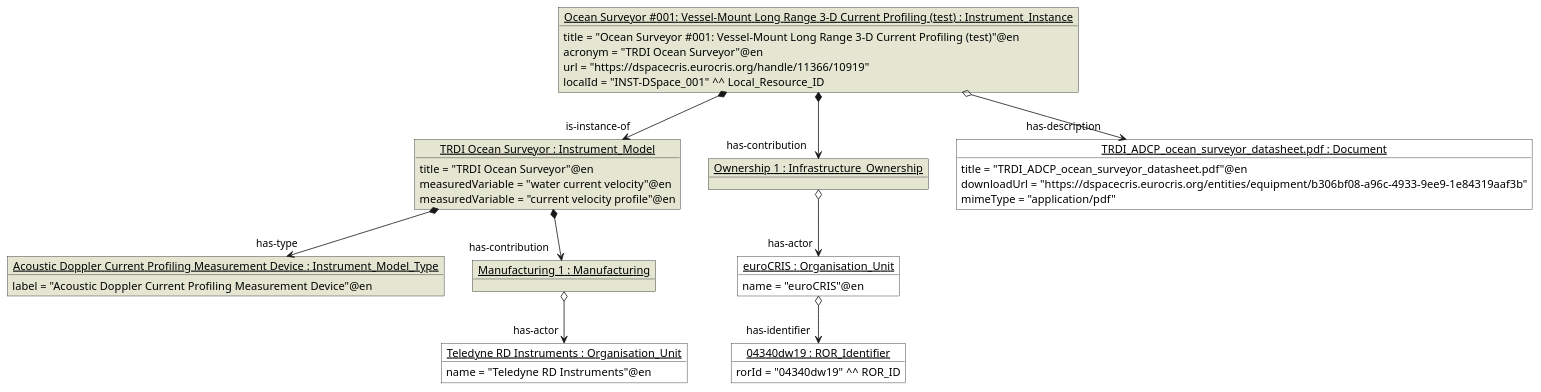
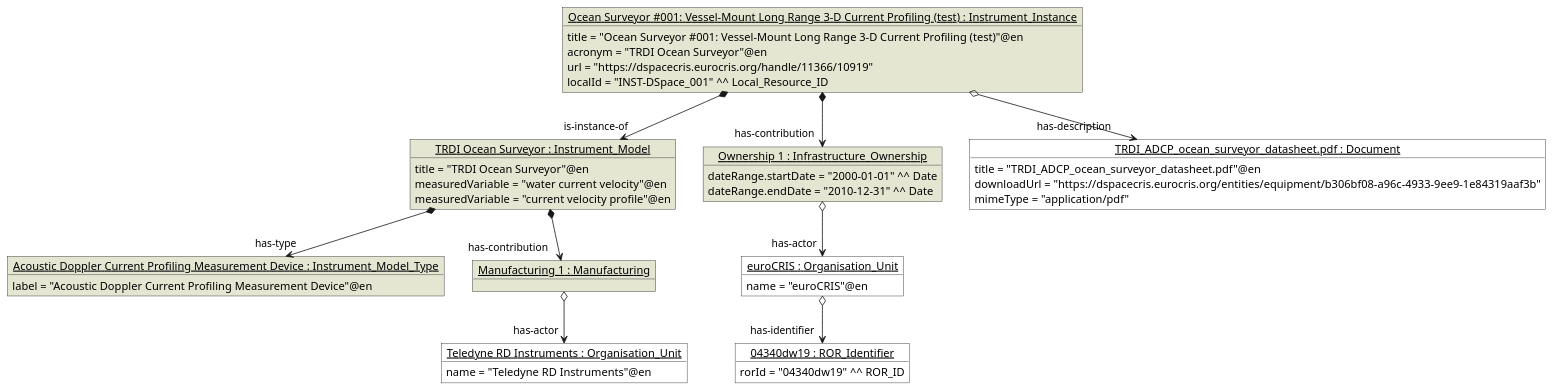
Before and after one commit to EuroCRIS/CERIF-InstrumentsModule: the diagram in examples/01_Ocean_Surveyor/example01.puml, drawn with PlantUML. The commit also changed 7 other files, not shown here.

```diff
--- a/examples/01_Ocean_Surveyor/example01.puml
+++ b/examples/01_Ocean_Surveyor/example01.puml
@@ -1,58 +1,61 @@
 @startuml
 
     object "<u>Ocean Surveyor #001: Vessel-Mount Long Range 3-D Current Profiling (test) : Instrument_Instance</u>" as instance #E4E6D2 {
         title = "Ocean Surveyor #001: Vessel-Mount Long Range 3-D Current Profiling (test)"@en
         acronym = "TRDI Ocean Surveyor"@en
         url = "https://dspacecris.eurocris.org/handle/11366/10919"
         localId = "INST-DSpace_001" ^^ Local_Resource_ID
     }
 
     object "<u>TRDI Ocean Surveyor : Instrument_Model</u>" as model #E4E6D2 {
         title = "TRDI Ocean Surveyor"@en
         measuredVariable = "water current velocity"@en
         measuredVariable = "current velocity profile"@en
     }
 
     object "<u>Acoustic Doppler Current Profiling Measurement Device : Instrument_Model_Type</u>" as modelType #E4E6D2 {
         label = "Acoustic Doppler Current Profiling Measurement Device"@en
     }
 
-    object "<u>Ownership 1 : Infrastructure_Ownership</u>" as ownership #E4E6D2
+    object "<u>Ownership 1 : Infrastructure_Ownership</u>" as ownership #E4E6D2 {
+        dateRange.startDate = "2000-01-01" ^^ Date
+        dateRange.endDate = "2010-12-31" ^^ Date
+    }
 
     object "<u>Manufacturing 1 : Manufacturing</u>" as manufacturing #E4E6D2
 
     object "<u>euroCRIS : Organisation_Unit</u>" as eurocris #ffffff {
         name = "euroCRIS"@en
     }
 
     object "<u>04340dw19 : ROR_Identifier</u>" as eurocris_ror #ffffff {
         rorId = "04340dw19" ^^ ROR_ID
     }
 
     object "<u>Teledyne RD Instruments : Organisation_Unit</u>" as teledyne #ffffff {
         name = "Teledyne RD Instruments"@en
     }
 
     object "<u>TRDI_ADCP_ocean_surveyor_datasheet.pdf : Document</u>" as datasheet #ffffff {
         title = "TRDI_ADCP_ocean_surveyor_datasheet.pdf"@en
         downloadUrl = "https://dspacecris.eurocris.org/entities/equipment/b306bf08-a96c-4933-9ee9-1e84319aaf3b"
         mimeType = "application/pdf"
     }
 
     instance *--> "is-instance-of" model
 
     model *--> "has-type" modelType
 
     instance *--> "has-contribution" ownership
 
     ownership o--> "has-actor" eurocris
 
     eurocris o--> "has-identifier" eurocris_ror
 
     model *--> "has-contribution" manufacturing
 
     manufacturing o--> "has-actor" teledyne
 
     instance o--> "has-description" datasheet
 
 @enduml
```
